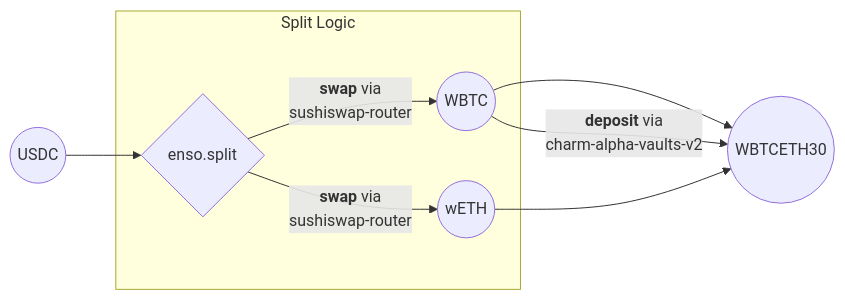
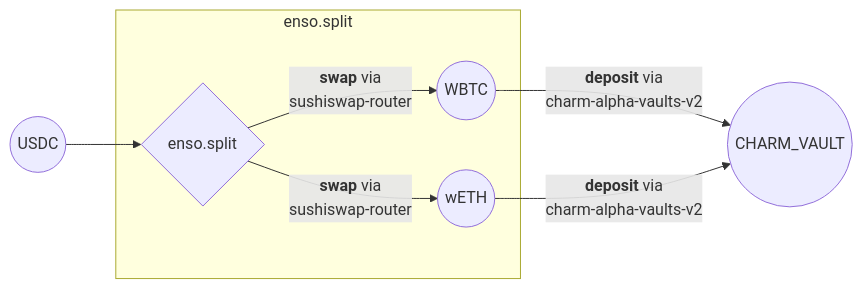
One commit to katana-network/katana-docs changed the ninth of 13 diagrams in docs/katana/how-to/use-enso-shortcuts.md. Above: the diagram before and after it, drawn with Mermaid. The commit also changed other lines of this file, not shown here.

````diff
--- a/docs/katana/how-to/use-enso-shortcuts.md
+++ b/docs/katana/how-to/use-enso-shortcuts.md
@@ -466,13 +467,12 @@
 ```mermaid
 flowchart LR
     A((USDC)) --> B{enso.split}
     
-    subgraph split ["Split Logic"]
-        B -->|<b>swap</b> via<br/>sushiswap-router| C((WBTC))
-        B -->|<b>swap</b> via<br/>sushiswap-router| D((wETH))
+    subgraph split ["enso.split"]
+        B -->|<b>swap</b> via<br/>sushiswap-router| E((WBTC))
+        B -->|<b>swap</b> via<br/>sushiswap-router| F((wETH))
     end
     
-    C --> E((WBTCETH30))
-    D --> E
-    C -->|<b>deposit</b> via<br/>charm-alpha-vaults-v2| E
+    E -->|<b>deposit</b> via<br/>charm-alpha-vaults-v2| G((CHARM_VAULT))
+    F -->|<b>deposit</b> via<br/>charm-alpha-vaults-v2| G
 ``` 
````
